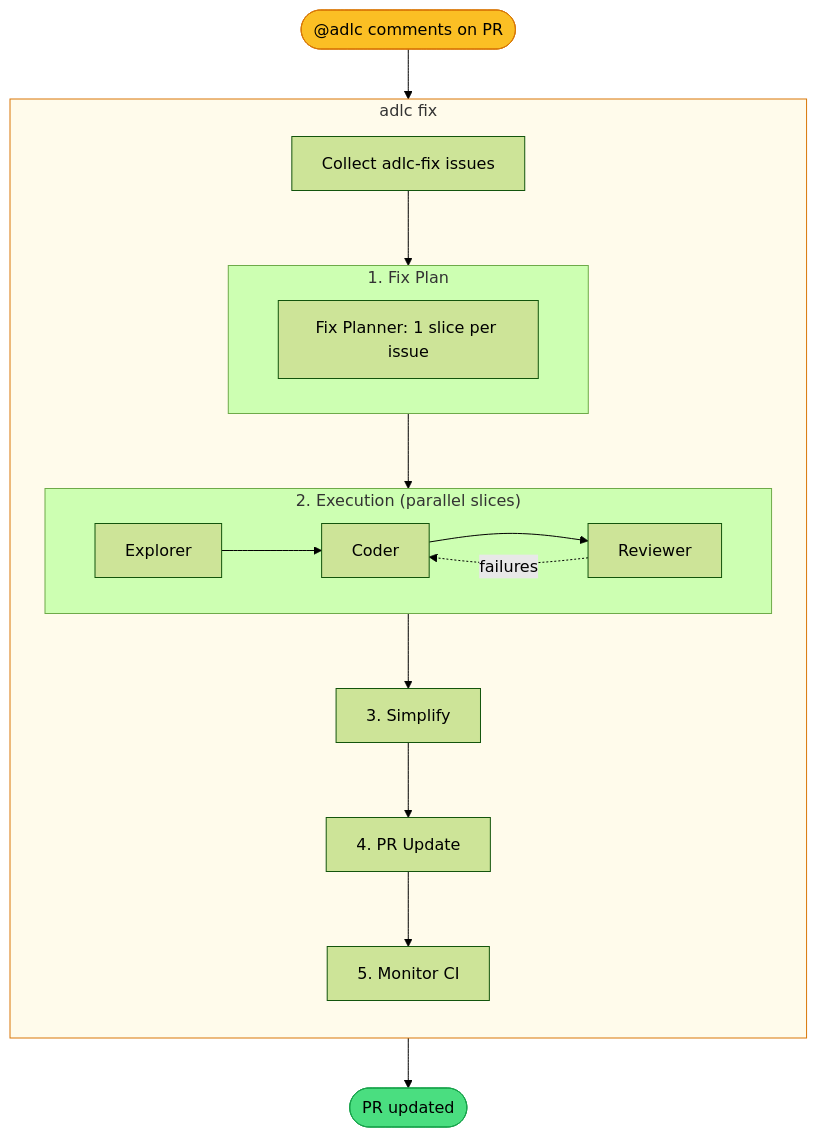
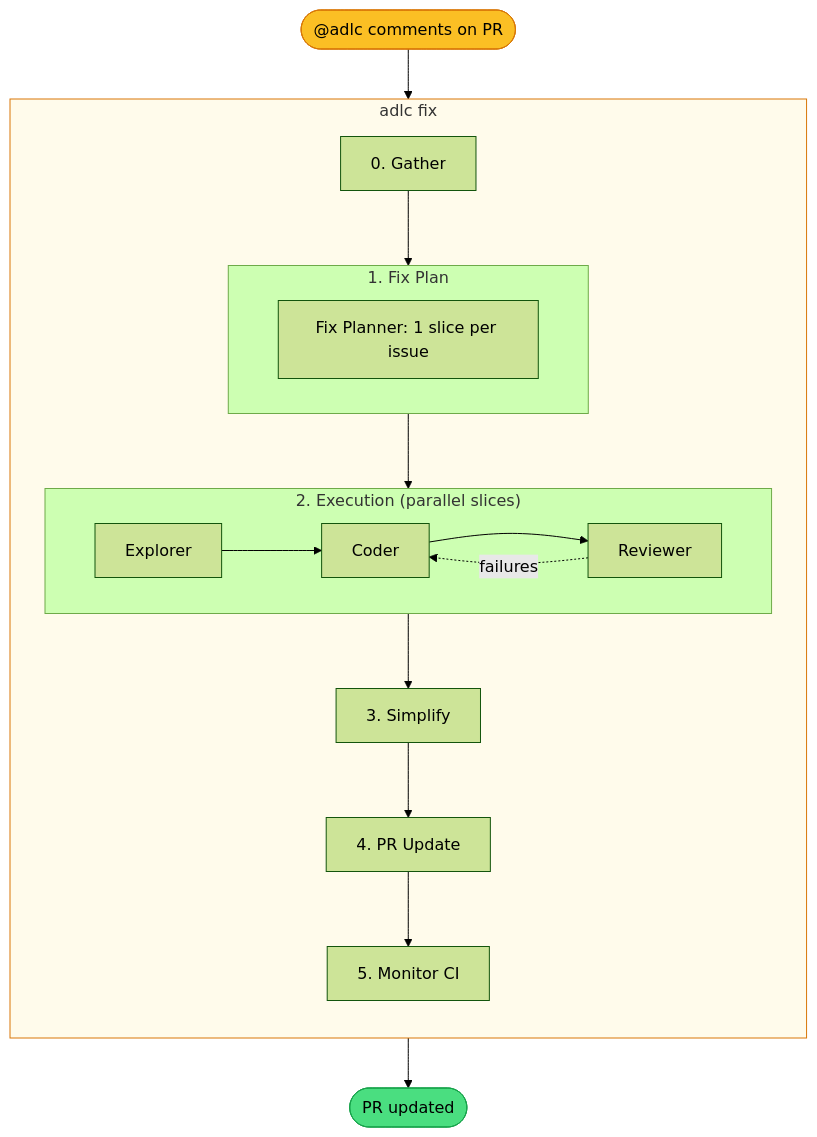
The second of 2 diagrams in README.md (patricklafrance/plantz-claude-v3), drawn with Mermaid (forest theme) before and after one commit. The commit also changed other lines of this file and 2 other files, not shown here.

Commit message:
feat: update README and orchestrator to enhance ADLC pipeline clarity and functionality

````diff
--- a/README.md
+++ b/README.md
@@ -74,31 +76,31 @@
 ```mermaid
 flowchart TD
-    Start(["@adlc comments on PR"]) --> Collect
+    Start(["@adlc comments on PR"]) --> Gather
 
     subgraph Coord["adlc fix"]
         direction TB
 
-        Collect["Collect adlc-fix issues"] --> FixPlan
+        Gather["0. Gather"] --> FixPlan
 
         subgraph FixPlan["1. Fix Plan"]
             direction LR
             FixPlanner["Fix Planner: 1 slice per issue"]
         end
 
         FixPlan --> SliceLoop
 
         subgraph SliceLoop["2. Execution (parallel slices)"]
             direction LR
             Explorer --> Coder --> Reviewer
             Reviewer -. "failures" .-> Coder
         end
 
         SliceLoop --> Simplify["3. Simplify"] --> PRUpdate["4. PR Update"] --> Monitor["5. Monitor CI"]
     end
 
     Monitor --> Done([PR updated])
 
     style Start fill:#fbbf24,stroke:#d97706,color:#000
     style Done fill:#4ade80,stroke:#16a34a,color:#000
     style Coord fill:#fffbeb,stroke:#d97706
 ```
````
